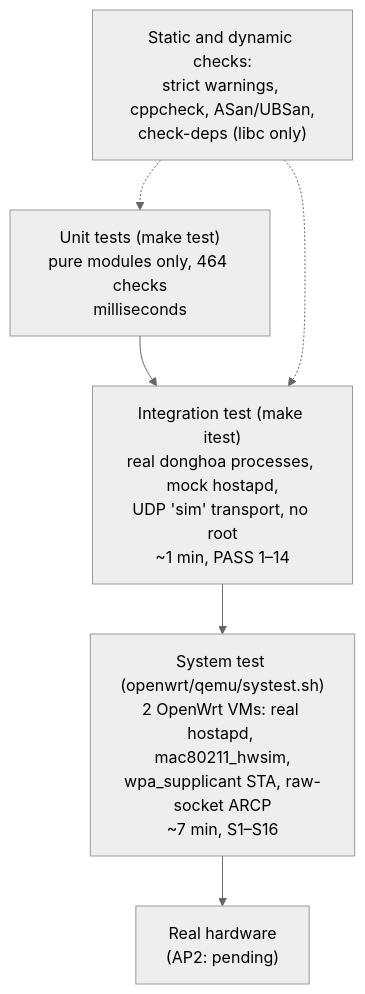
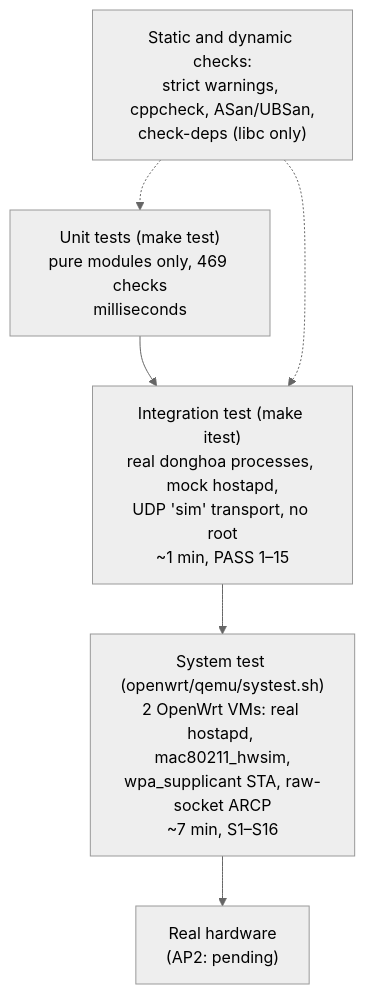
The diagram in docs/features/14-verification.md (ducndc/DongHoa), drawn with Mermaid (neutral theme) before and after one commit. The commit also changed other lines of this file and 16 other files, not shown here.

````diff
--- a/docs/features/14-verification.md
+++ b/docs/features/14-verification.md
@@ -9,8 +9,8 @@
 ```mermaid
 flowchart TB
-    U["Unit tests (make test)<br/>pure modules only, 464 checks<br/>milliseconds"] --> I["Integration test (make itest)<br/>real donghoa processes, mock hostapd,<br/>UDP 'sim' transport, no root<br/>~1 min, PASS 1–14"]
+    U["Unit tests (make test)<br/>pure modules only, 469 checks<br/>milliseconds"] --> I["Integration test (make itest)<br/>real donghoa processes, mock hostapd,<br/>UDP 'sim' transport, no root<br/>~1 min, PASS 1–15"]
     I --> Q["System test (openwrt/qemu/systest.sh)<br/>2 OpenWrt VMs: real hostapd, mac80211_hwsim,<br/>wpa_supplicant STA, raw-socket ARCP<br/>~7 min, S1–S16"]
     Q --> H["Real hardware<br/>(AP2: pending)"]
     S["Static and dynamic checks:<br/>strict warnings, cppcheck, ASan/UBSan,<br/>check-deps (libc only)"] -.-> U
     S -.-> I
 ```
````
